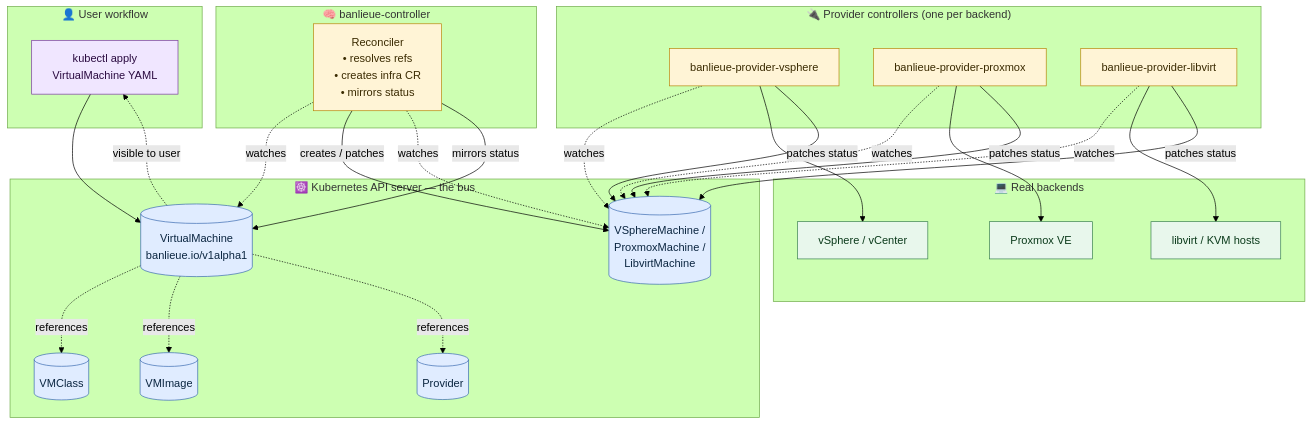
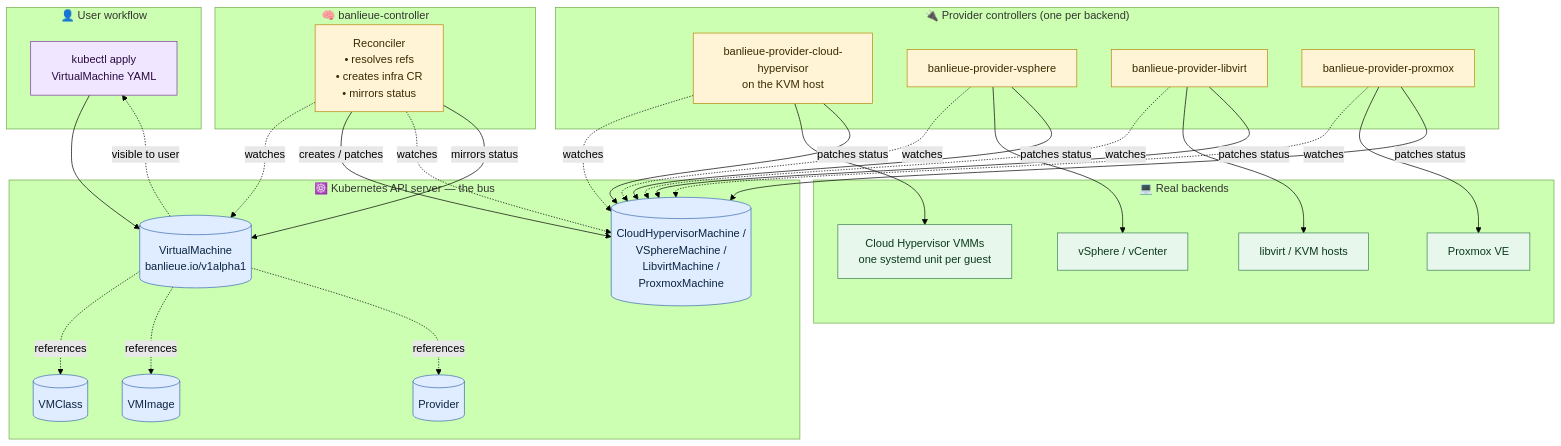
One commit to firestoned/banlieue changed the diagram in docs/src/overview.md. Above: the diagram before and after it, drawn with Mermaid (forest theme). The commit also changed other lines of this file and 92 other files, not shown here.

````diff
--- a/docs/src/overview.md
+++ b/docs/src/overview.md
@@ -29,63 +29,68 @@
 ```mermaid
 flowchart TB
     subgraph User["👤 User workflow"]
       U[kubectl apply<br/>VirtualMachine YAML]
     end
 
     subgraph API["☸️ Kubernetes API server — the bus"]
       VM[(VirtualMachine<br/>banlieue.io/v1alpha1)]
       PROV[(Provider)]
       CLS[(VMClass)]
       IMG[(VMImage)]
-      INFRA[(VSphereMachine /<br/>ProxmoxMachine /<br/>LibvirtMachine)]
+      INFRA[(CloudHypervisorMachine /<br/>VSphereMachine /<br/>LibvirtMachine /<br/>ProxmoxMachine)]
     end
 
     subgraph Main["🧠 banlieue-controller"]
       MC[Reconciler<br/>• resolves refs<br/>• creates infra CR<br/>• mirrors status]
     end
 
     subgraph Providers["🔌 Provider controllers (one per backend)"]
+      PC[banlieue-provider-cloud-hypervisor<br/>on the KVM host]
       PV[banlieue-provider-vsphere]
+      PL[banlieue-provider-libvirt]
       PP[banlieue-provider-proxmox]
-      PL[banlieue-provider-libvirt]
     end
 
     subgraph Backends["💻 Real backends"]
+      BC[Cloud Hypervisor VMMs<br/>one systemd unit per guest]
       BV[vSphere / vCenter]
+      BL[libvirt / KVM hosts]
       BP[Proxmox VE]
-      BL[libvirt / KVM hosts]
     end
 
     U --> VM
     VM -. references .-> CLS
     VM -. references .-> IMG
     VM -. references .-> PROV
 
     MC -. watches .-> VM
     MC -- creates / patches --> INFRA
     MC -. watches .-> INFRA
 
+    PC -. watches .-> INFRA
     PV -. watches .-> INFRA
+    PL -. watches .-> INFRA
     PP -. watches .-> INFRA
-    PL -. watches .-> INFRA
 
+    PC --> BC
     PV --> BV
+    PL --> BL
     PP --> BP
-    PL --> BL
 
+    PC -- patches status --> INFRA
     PV -- patches status --> INFRA
+    PL -- patches status --> INFRA
     PP -- patches status --> INFRA
-    PL -- patches status --> INFRA
 
     MC -- mirrors status --> VM
     VM -. visible to user .-> U
 
     classDef api fill:#e0ecff,stroke:#3b6bb0,color:#0a2540
     classDef ctl fill:#fff4d6,stroke:#b8860b,color:#3a2a00
     classDef be  fill:#e8f7ec,stroke:#3a8050,color:#0a3a1a
     classDef usr fill:#f0e6ff,stroke:#7a3aa0,color:#2a0a40
     class VM,PROV,CLS,IMG,INFRA api
-    class MC,PV,PP,PL ctl
-    class BV,BP,BL be
+    class MC,PC,PV,PL,PP ctl
+    class BC,BV,BL,BP be
     class U usr
 ```
````
